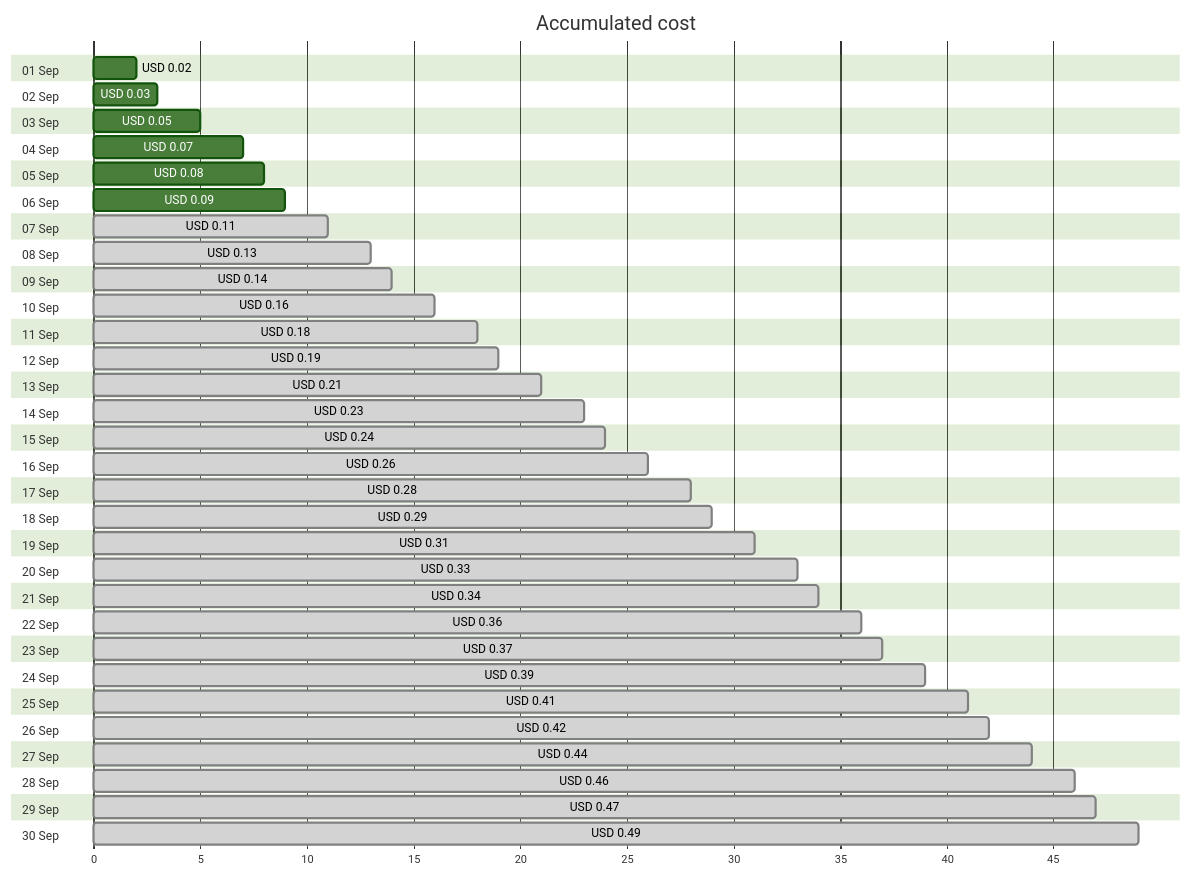
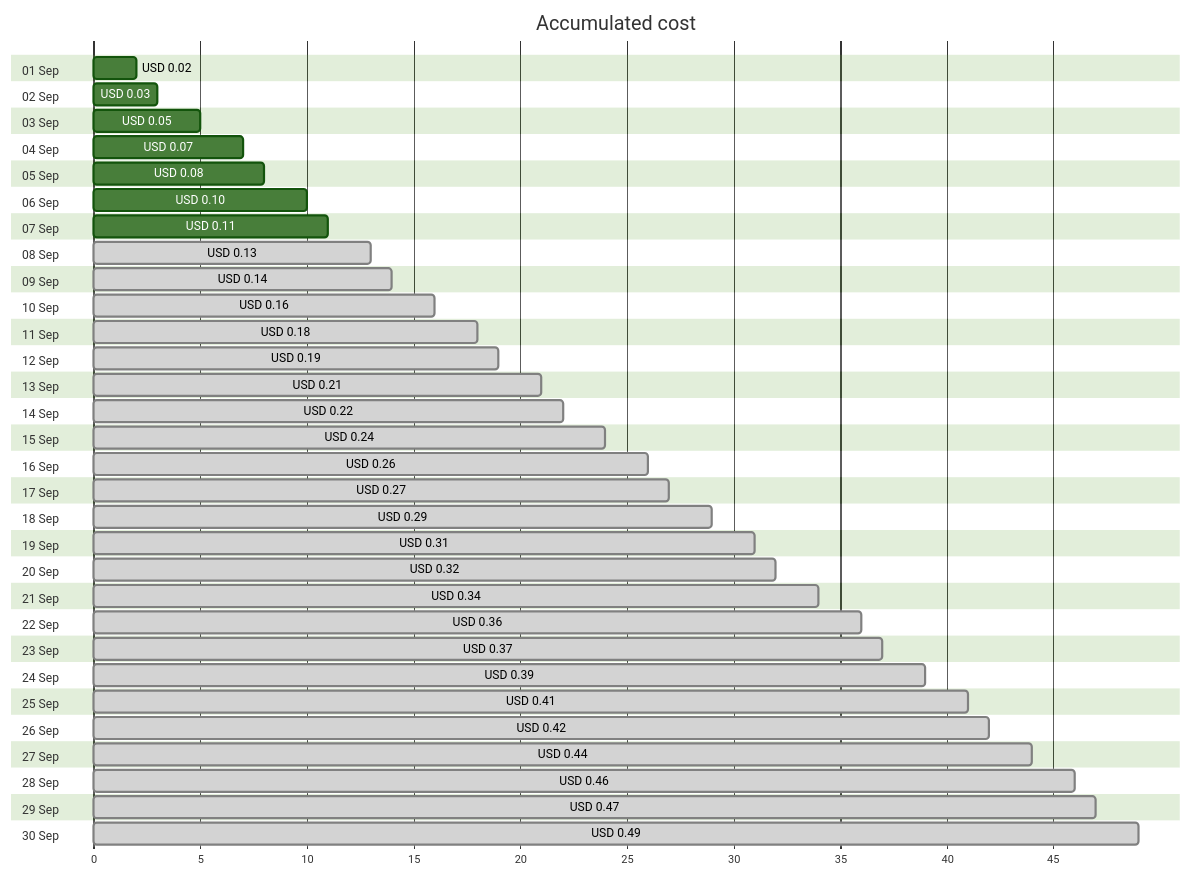
The first of 4 diagrams in cost-reports/personal-dns/jpatrickfulton.dev.md (jpfulton/azure-personal-reports), drawn with Mermaid (forest theme) before and after one commit. The commit also changed other lines of this file and 2 other files, not shown here.

````diff
--- a/cost-reports/personal-dns/jpatrickfulton.dev.md
+++ b/cost-reports/personal-dns/jpatrickfulton.dev.md
@@ -20,66 +20,66 @@
 ```mermaid
 gantt
    title Accumulated cost
    dateFormat  X
    axisFormat %s
    section 01 Sep
    USD 0.02 :0, 2
    section 02 Sep
    USD 0.03 :0, 3
    section 03 Sep
    USD 0.05 :0, 5
    section 04 Sep
    USD 0.07 :0, 7
    section 05 Sep
    USD 0.08 :0, 8
    section 06 Sep
-   USD 0.09 :0, 9
+   USD 0.10 :0, 10
    section 07 Sep
-   USD 0.11 : done, 0, 11
+   USD 0.11 :0, 11
    section 08 Sep
    USD 0.13 : done, 0, 13
    section 09 Sep
    USD 0.14 : done, 0, 14
    section 10 Sep
    USD 0.16 : done, 0, 16
    section 11 Sep
    USD 0.18 : done, 0, 18
    section 12 Sep
    USD 0.19 : done, 0, 19
    section 13 Sep
    USD 0.21 : done, 0, 21
    section 14 Sep
-   USD 0.23 : done, 0, 23
+   USD 0.22 : done, 0, 22
    section 15 Sep
    USD 0.24 : done, 0, 24
    section 16 Sep
    USD 0.26 : done, 0, 26
    section 17 Sep
-   USD 0.28 : done, 0, 28
+   USD 0.27 : done, 0, 27
    section 18 Sep
    USD 0.29 : done, 0, 29
    section 19 Sep
    USD 0.31 : done, 0, 31
    section 20 Sep
-   USD 0.33 : done, 0, 33
+   USD 0.32 : done, 0, 32
    section 21 Sep
    USD 0.34 : done, 0, 34
    section 22 Sep
    USD 0.36 : done, 0, 36
    section 23 Sep
    USD 0.37 : done, 0, 37
    section 24 Sep
    USD 0.39 : done, 0, 39
    section 25 Sep
    USD 0.41 : done, 0, 41
    section 26 Sep
    USD 0.42 : done, 0, 42
    section 27 Sep
    USD 0.44 : done, 0, 44
    section 28 Sep
    USD 0.46 : done, 0, 46
    section 29 Sep
    USD 0.47 : done, 0, 47
    section 30 Sep
    USD 0.49 : done, 0, 49
 ```
````
